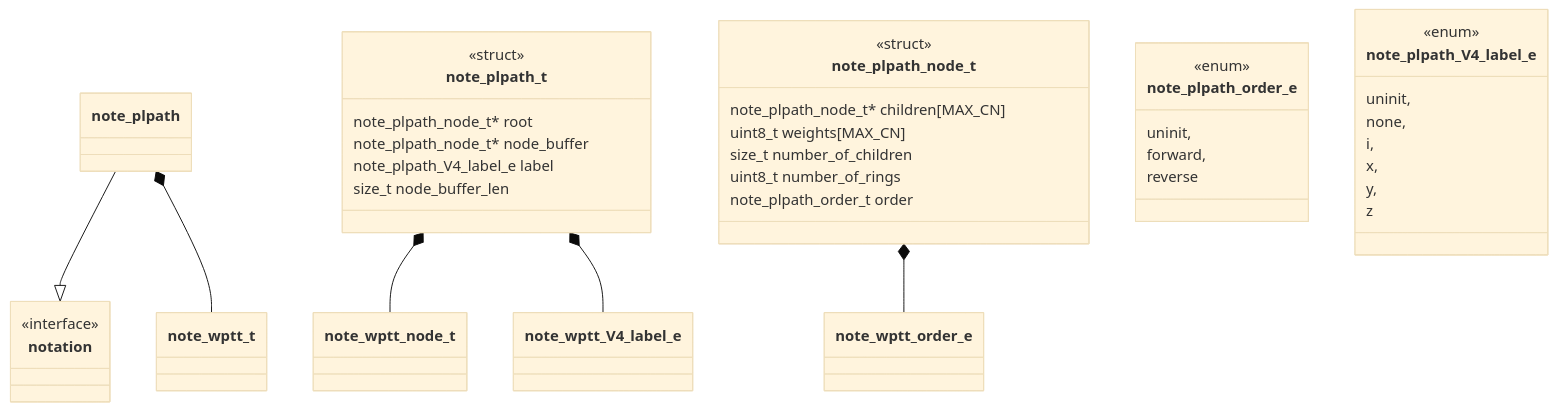
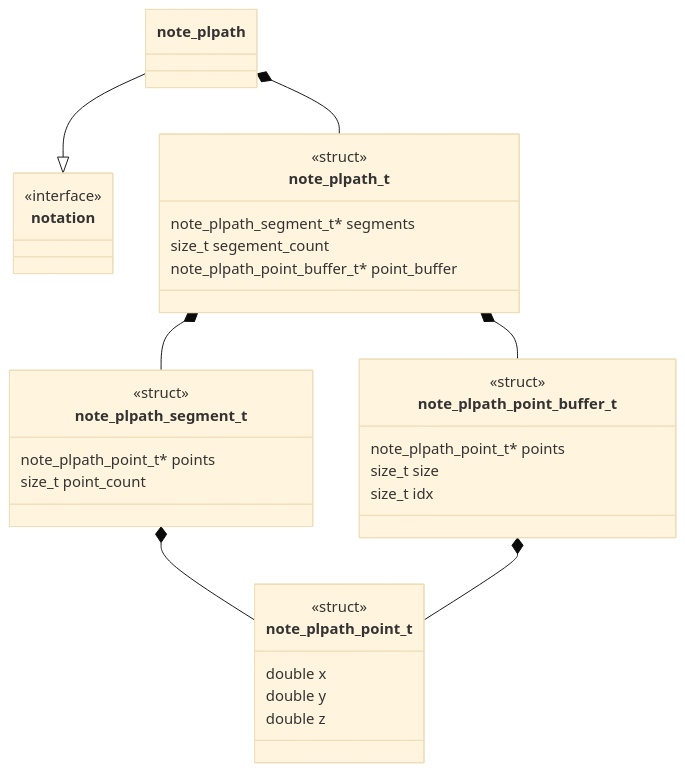
One commit to Uiowa-Applied-Topology/tanglenomicon_core_libraries changed the first of 8 diagrams in source/note-plpath/unit-description.md. Above: the diagram before and after it, drawn with Mermaid (base theme). The commit also changed other lines of this file and 5 other files, not shown here.

````diff
--- a/source/note-plpath/unit-description.md
+++ b/source/note-plpath/unit-description.md
@@ -11,48 +11,42 @@
 ```mermaid
 classDiagram
     note_plpath --|> notation
-    note_plpath *-- note_wptt_t
-    note_plpath_t *-- note_wptt_node_t
-    note_plpath_node_t *-- note_wptt_order_e
-    note_plpath_t *-- note_wptt_V4_label_e
-
+    note_plpath *-- note_plpath_t
+    note_plpath_t *-- note_plpath_segment_t
+    note_plpath_t *-- note_plpath_point_buffer_t
+    note_plpath_segment_t *-- note_plpath_point_t
+    note_plpath_point_buffer_t *-- note_plpath_point_t
     class note_plpath_t {
         <<struct>>
-        note_plpath_node_t* root
-        note_plpath_node_t* node_buffer
-        note_plpath_V4_label_e label
-        size_t node_buffer_len
+        note_plpath_segment_t* segments
+        size_t segement_count
+        note_plpath_point_buffer_t* point_buffer
     }
 
-    class note_plpath_order_e {
-        <<enum>>
-        uninit,
-        forward,
-        reverse
+
+    class note_plpath_segment_t {
+        <<struct>>
+        note_plpath_point_t* points
+        size_t point_count
+    }
+    
+    class note_plpath_point_buffer_t {
+        <<struct>>
+        note_plpath_point_t* points
+        size_t size
+        size_t idx  
     }
 
-    class note_plpath_V4_label_e {
-        <<enum>>
-        uninit,
-        none,
-        i,
-        x,
-        y,
-        z
-    }
-
-    class note_plpath_node_t {
+    class note_plpath_point_t {
         <<struct>>
-        note_plpath_node_t* children[MAX_CN]
-        uint8_t weights[MAX_CN]
-        size_t number_of_children
-        uint8_t number_of_rings
-        note_plpath_order_t order
+        double x
+        double y
+        double z
     }
 
     class notation {
         <<interface>>
     }
 
 
 ```
````
